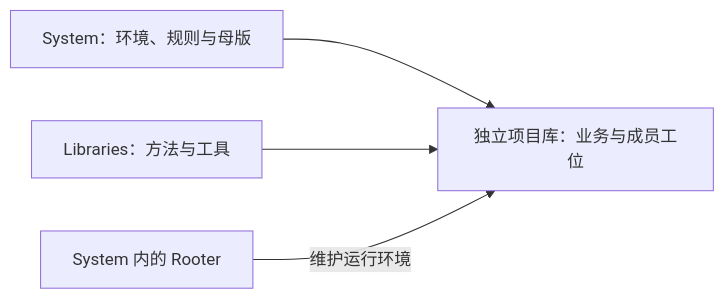
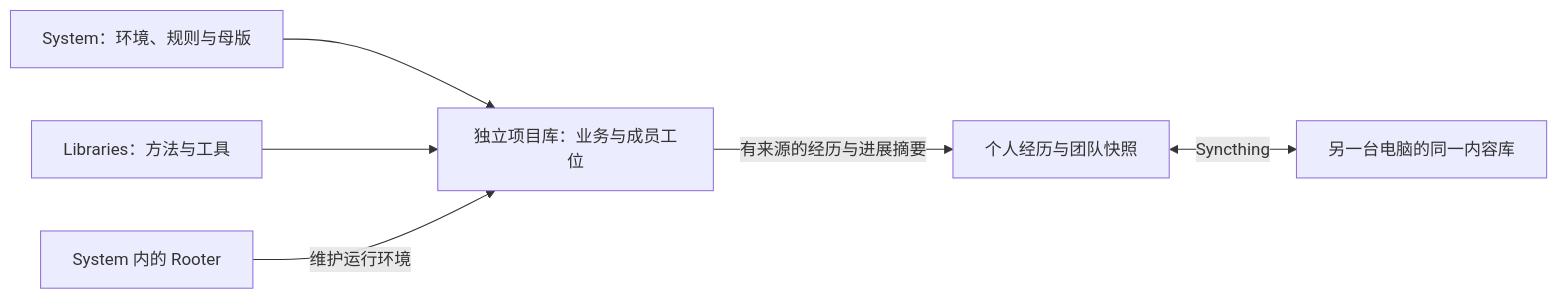
One commit to xiangscream/PAOE changed the diagram in SYSTEM.md. Above: the diagram before and after it, drawn with Mermaid. The commit also changed other lines of this file and 6 other files, not shown here.

````diff
--- a/SYSTEM.md
+++ b/SYSTEM.md
@@ -20,6 +21,8 @@
 ```mermaid
 flowchart LR
   S[System：环境、规则与母版] --> P[独立项目库：业务与成员工位]
   L[Libraries：方法与工具] --> P
+  P -->|有来源的经历与进展摘要| E[个人经历与团队快照]
+  E <-->|Syncthing| E2[另一台电脑的同一内容库]
   R[System 内的 Rooter] -->|维护运行环境| P
 ```
````
